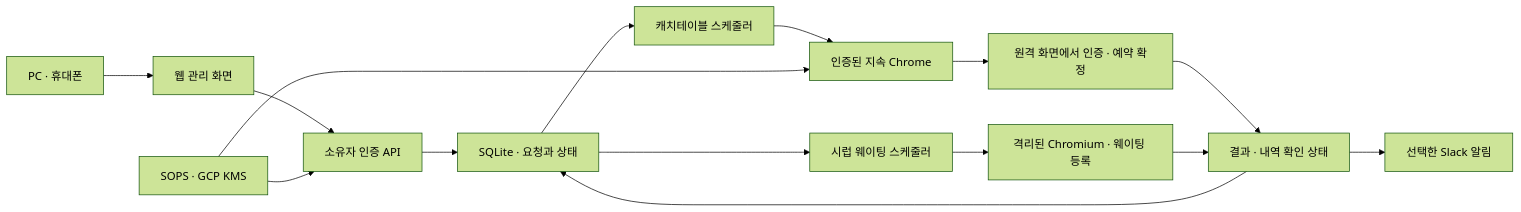
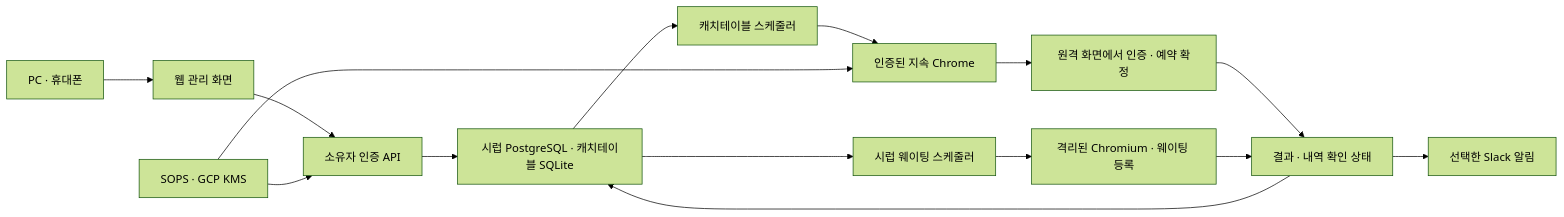
The diagram in README.md (yongseongkim/openrun), drawn with Mermaid (forest theme) before and after one commit. The commit also changed other lines of this file and 27 other files, not shown here.

Commit message:
feat: persist Syrup requests and execution history in PostgreSQL

````diff
--- a/README.md
+++ b/README.md
@@ -17,17 +17,17 @@
 ```mermaid
 flowchart LR
   User["PC · 휴대폰"] --> Web["웹 관리 화면"]
   Web --> API["소유자 인증 API"]
-  API --> DB["SQLite · 요청과 상태"]
+  API --> DB["시럽 PostgreSQL · 캐치테이블 SQLite"]
   DB --> CT["캐치테이블 스케줄러"]
   DB --> Syrup["시럽 웨이팅 스케줄러"]
   CT --> Chrome["인증된 지속 Chrome"]
   Chrome --> Human["원격 화면에서 인증 · 예약 확정"]
   Syrup --> Worker["격리된 Chromium · 웨이팅 등록"]
   Human --> Result["결과 · 내역 확인 상태"]
   Worker --> Result
   Result --> DB
   Result --> Slack["선택한 Slack 알림"]
   KMS["SOPS · GCP KMS"] --> API
   KMS --> Chrome
 ```
````
